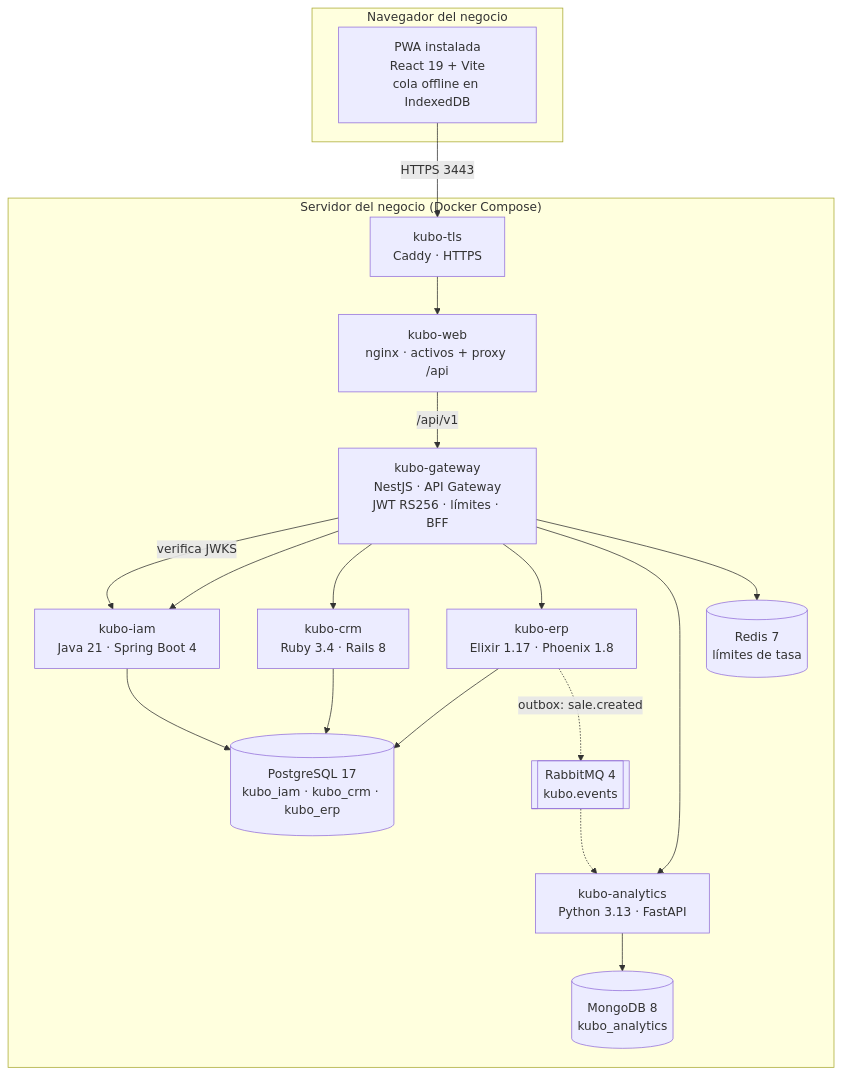
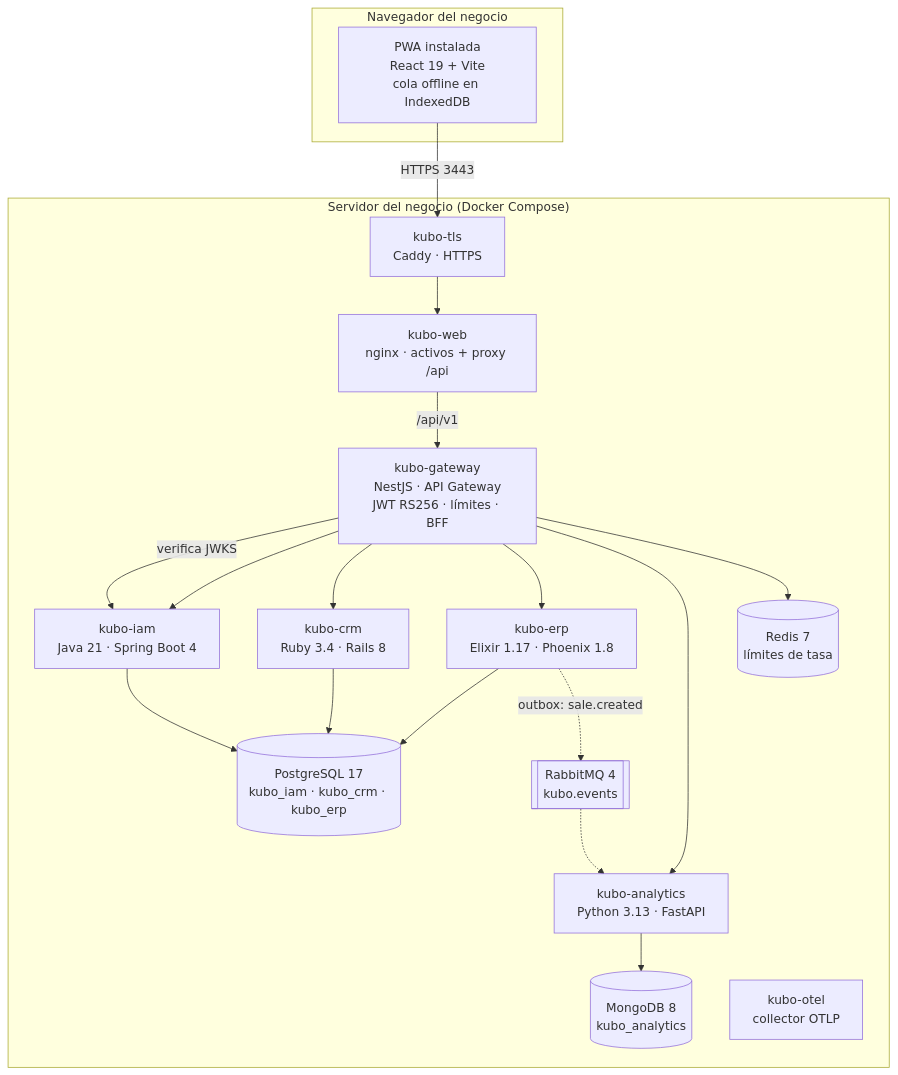
The second of 5 diagrams in 01-arquitectura.md (NFGS/kubo-docs), drawn with Mermaid before and after one commit. The commit also changed other lines of this file and 17 other files, not shown here.

````diff
--- a/01-arquitectura.md
+++ b/01-arquitectura.md
@@ -23,39 +23,40 @@
 ```mermaid
 flowchart TB
   subgraph NAVEGADOR["Navegador del negocio"]
     PWA["PWA instalada<br/>React 19 + Vite<br/>cola offline en IndexedDB"]
   end
 
   subgraph SERVIDOR["Servidor del negocio (Docker Compose)"]
     TLS["kubo-tls<br/>Caddy · HTTPS"]
     WEB["kubo-web<br/>nginx · activos + proxy /api"]
     GW["kubo-gateway<br/>NestJS · API Gateway<br/>JWT RS256 · límites · BFF"]
     IAM["kubo-iam<br/>Java 21 · Spring Boot 4"]
     CRM["kubo-crm<br/>Ruby 3.4 · Rails 8"]
     ERP["kubo-erp<br/>Elixir 1.17 · Phoenix 1.8"]
     ANA["kubo-analytics<br/>Python 3.13 · FastAPI"]
 
     PG[("PostgreSQL 17<br/>kubo_iam · kubo_crm · kubo_erp")]
     MG[("MongoDB 8<br/>kubo_analytics")]
     MQ[["RabbitMQ 4<br/>kubo.events"]]
     RD[("Redis 7<br/>límites de tasa")]
+    OTEL["kubo-otel<br/>collector OTLP"]
   end
 
   PWA -->|"HTTPS 3443"| TLS
   TLS --> WEB
   WEB -->|"/api/v1"| GW
   GW -->|"verifica JWKS"| IAM
   GW --> IAM
   GW --> CRM
   GW --> ERP
   GW --> ANA
   GW --> RD
 
   IAM --> PG
   CRM --> PG
   ERP --> PG
   ANA --> MG
 
   ERP -.->|"outbox: sale.created"| MQ
   MQ -.-> ANA
 ```
````
